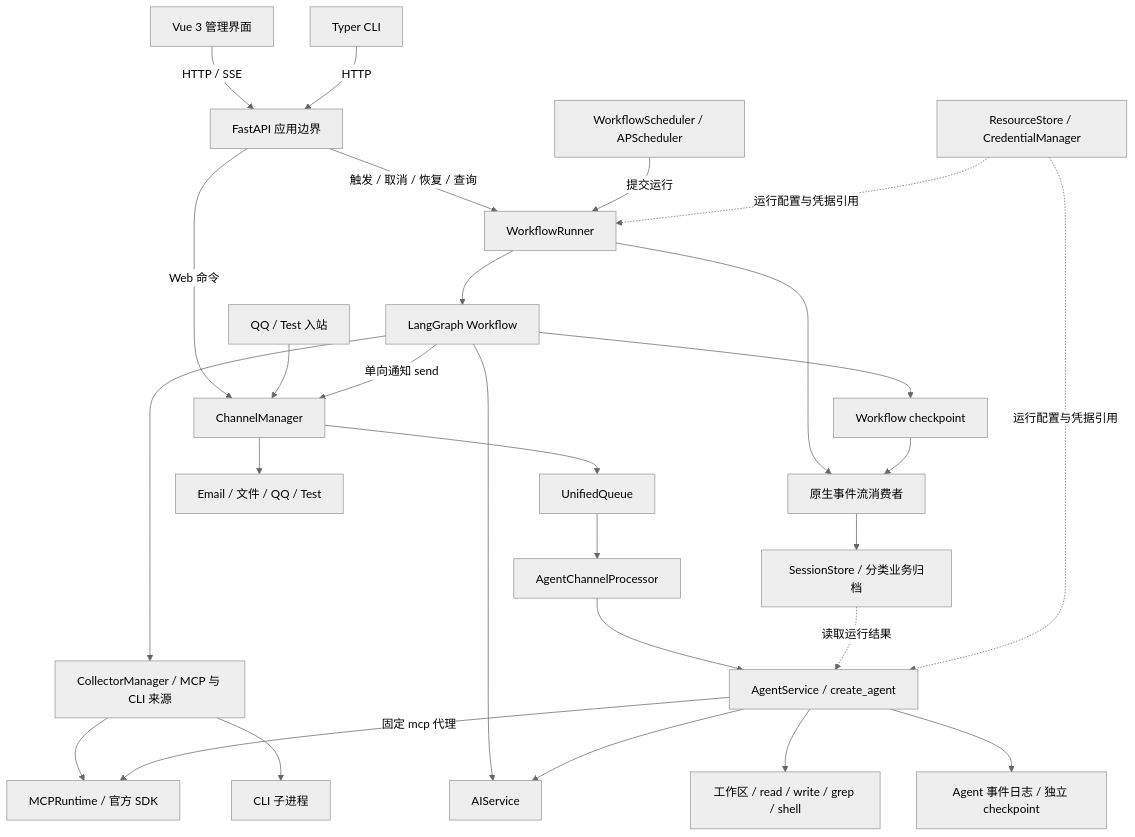
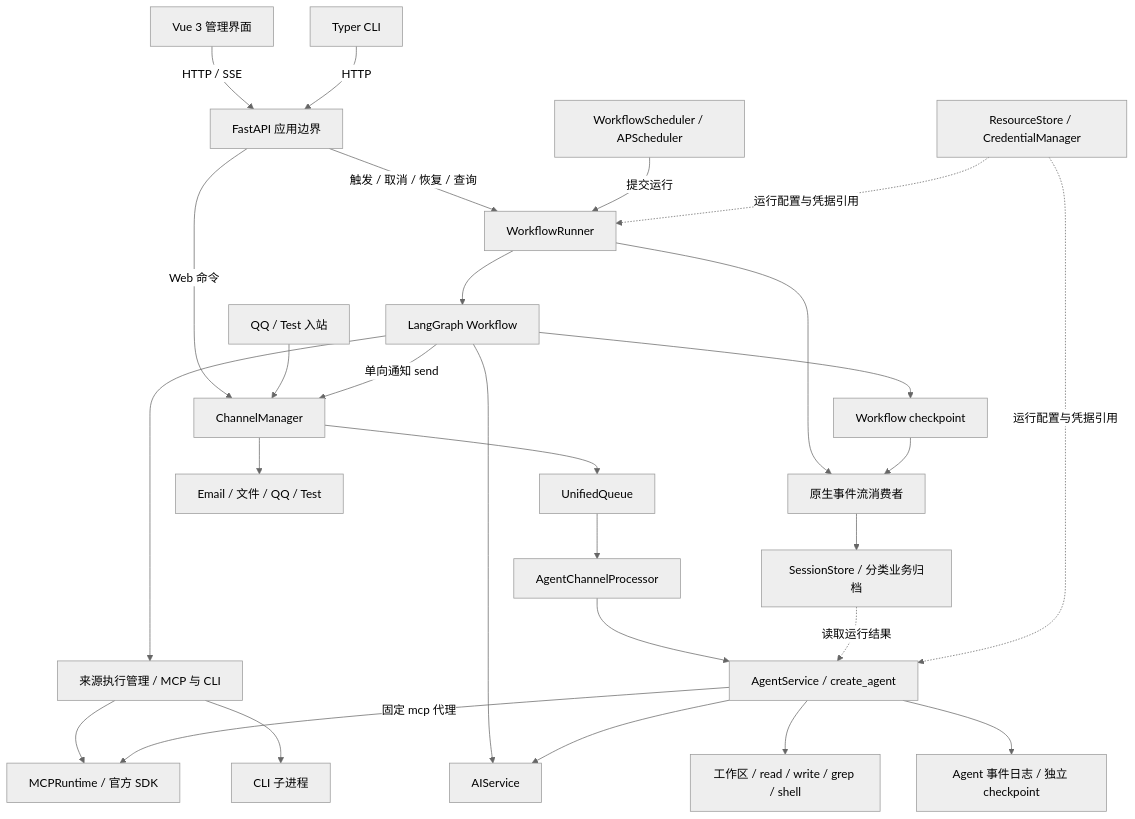
The diagram in docs/project-status-and-architecture.md (striiiiiing/WorkFLowWeave), drawn with Mermaid (neutral theme) before and after one commit. The commit also changed other lines of this file and 48 other files, not shown here.

````diff
--- a/docs/project-status-and-architecture.md
+++ b/docs/project-status-and-architecture.md
@@ -30,30 +30,30 @@
 ```mermaid
 flowchart TB
     UI[Vue 3 管理界面] -->|HTTP / SSE| API[FastAPI 应用边界]
     CLI[Typer CLI] -->|HTTP| API
     API -->|触发 / 取消 / 恢复 / 查询| WR[WorkflowRunner]
     SCH[WorkflowScheduler / APScheduler] -->|提交运行| WR
     WR --> WG[LangGraph Workflow]
     API -->|Web 命令| CM[ChannelManager]
     QQ[QQ / Test 入站] --> CM
     CM --> Q[UnifiedQueue]
     Q --> ACP[AgentChannelProcessor]
     ACP --> AS[AgentService / create_agent]
-    WG --> COL[CollectorManager / MCP 与 CLI 来源]
+    WG --> COL[来源执行管理 / MCP 与 CLI]
     COL --> MCP[MCPRuntime / 官方 SDK]
     COL --> PROC[CLI 子进程]
     WG --> AI[AIService]
     AS --> AI
     AS -->|固定 mcp 代理| MCP
     AS --> FILE[工作区 / read / write / grep / shell]
     WG -->|单向通知 send| CM
     CM --> OUT[Email / 文件 / QQ / Test]
     WG --> CP[Workflow checkpoint]
     WR --> STREAM[原生事件流消费者]
     CP --> STREAM
     STREAM --> STORE[SessionStore / 分类业务归档]
     STORE -. 读取运行结果 .-> AS
     AS --> LOG[Agent 事件日志 / 独立 checkpoint]
     RES[ResourceStore / CredentialManager] -. 运行配置与凭据引用 .-> WR
     RES -. 运行配置与凭据引用 .-> AS
 ```
````
